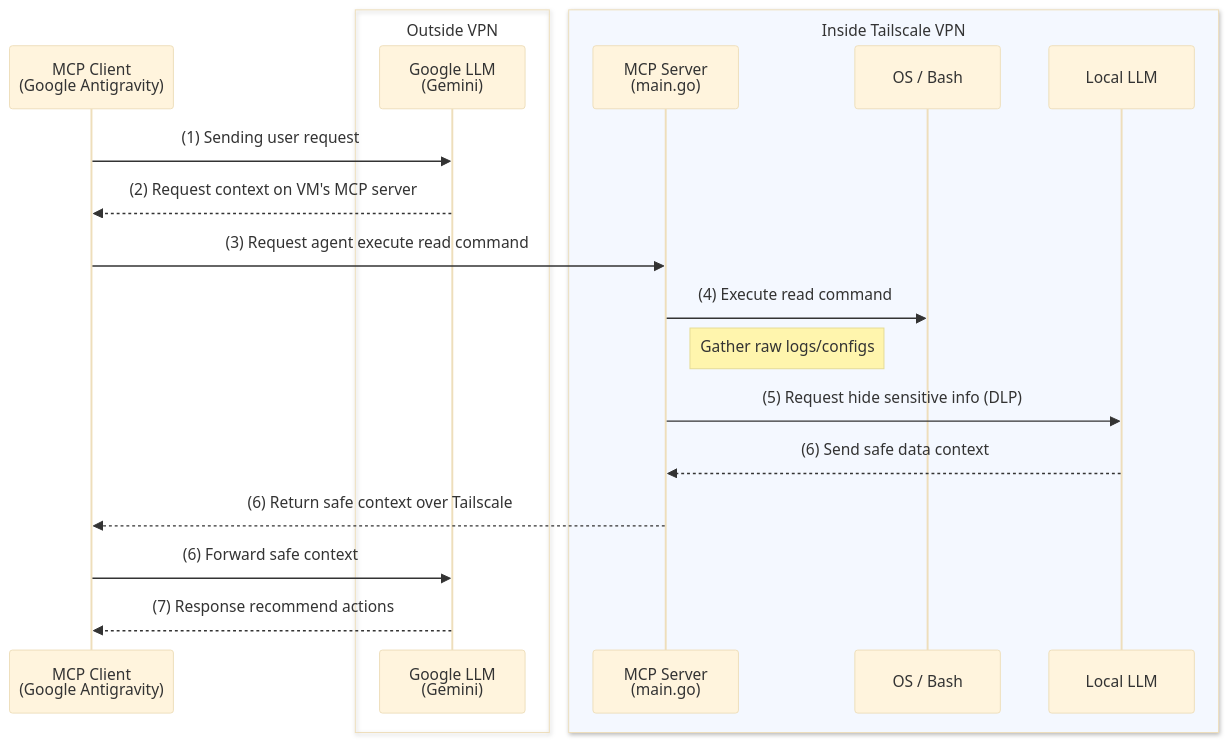
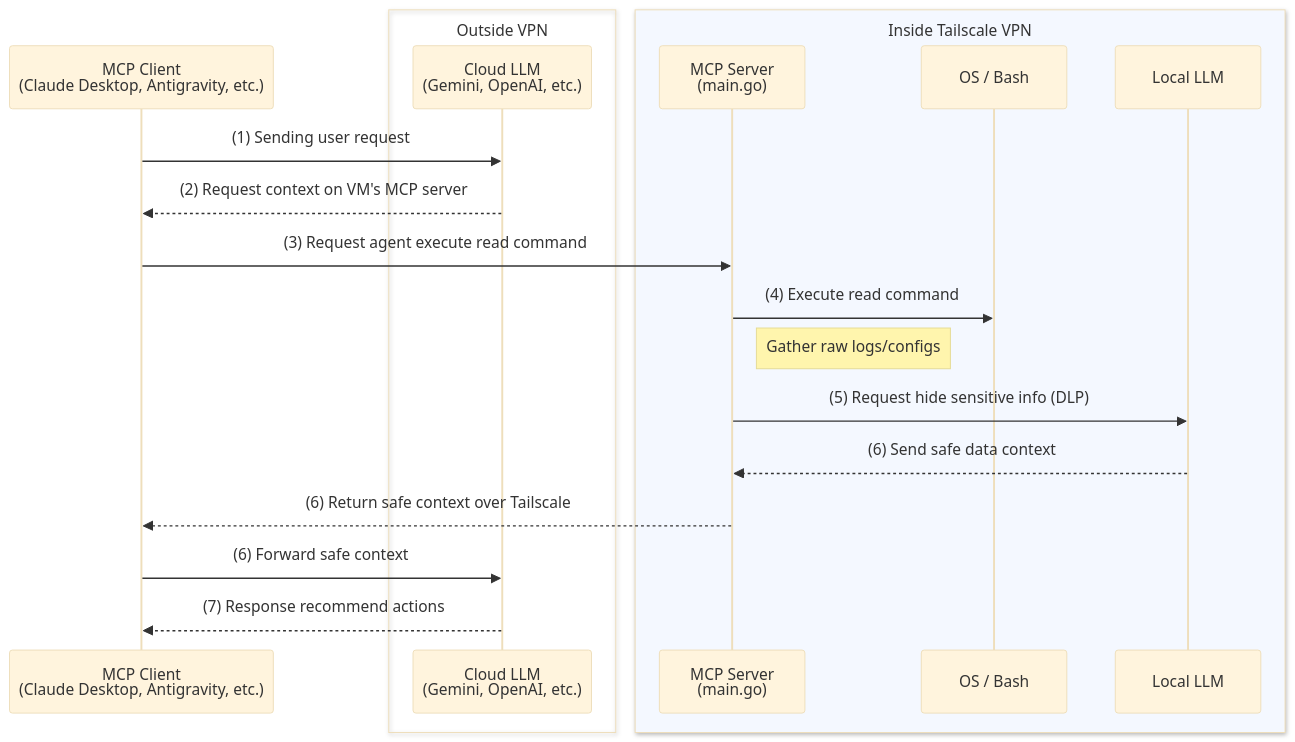
Before and after one commit to codeduy/mcp-sys-agent: the second of 2 diagrams in README.md, drawn with Mermaid (base theme). The commit also changed other lines of this file, not shown here.

Commit message:
docs(readme): generalize architecture and data workflow for broader use cases

````diff
--- a/README.md
+++ b/README.md
@@ -44,25 +44,25 @@
 ```mermaid
 sequenceDiagram
-    participant Client as MCP Client<br>(Google Antigravity)
+    participant Client as MCP Client<br>(Claude Desktop, Antigravity, etc.)
     
     box Outside VPN
-        participant Gemini as Google LLM<br>(Gemini)
+        participant CloudLLM as Cloud LLM<br>(Gemini, OpenAI, etc.)
     end
     
     box rgb(244, 248, 255) Inside Tailscale VPN
         participant Agent as MCP Server<br>(main.go)
         participant OS as OS / Bash
         participant LocalLLM as Local LLM
     end
 
-    Client->>Gemini: (1) Sending user request
-    Gemini-->>Client: (2) Request context on VM's MCP server
+    Client->>CloudLLM: (1) Sending user request
+    CloudLLM-->>Client: (2) Request context on VM's MCP server
     Client->>Agent: (3) Request agent execute read command
     Agent->>OS: (4) Execute read command
     Note right of Agent: Gather raw logs/configs
     Agent->>LocalLLM: (5) Request hide sensitive info (DLP)
     LocalLLM-->>Agent: (6) Send safe data context
     Agent-->>Client: (6) Return safe context over Tailscale
-    Client->>Gemini: (6) Forward safe context
-    Gemini-->>Client: (7) Response recommend actions
+    Client->>CloudLLM: (6) Forward safe context
+    CloudLLM-->>Client: (7) Response recommend actions
 ```
````
